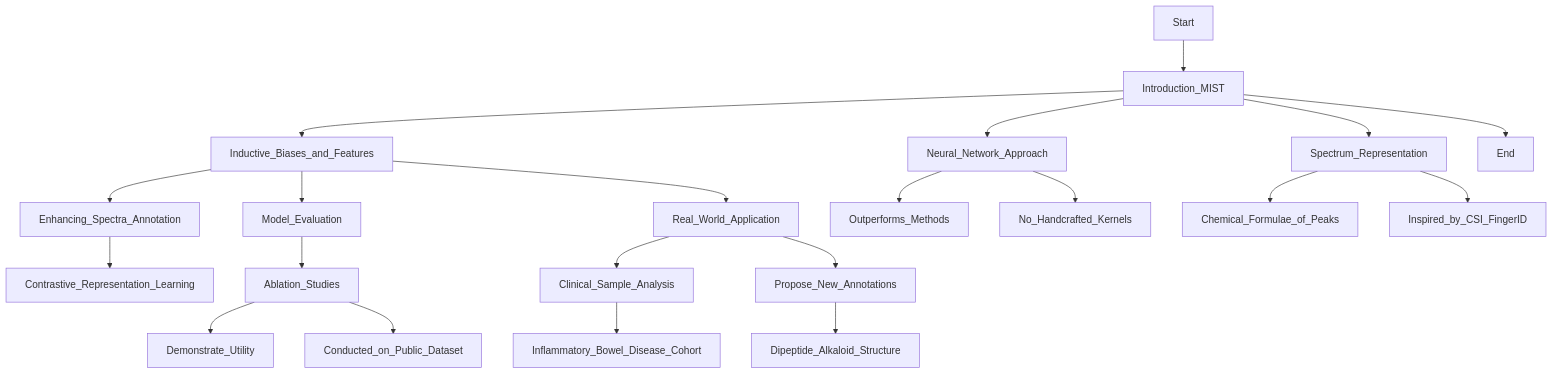
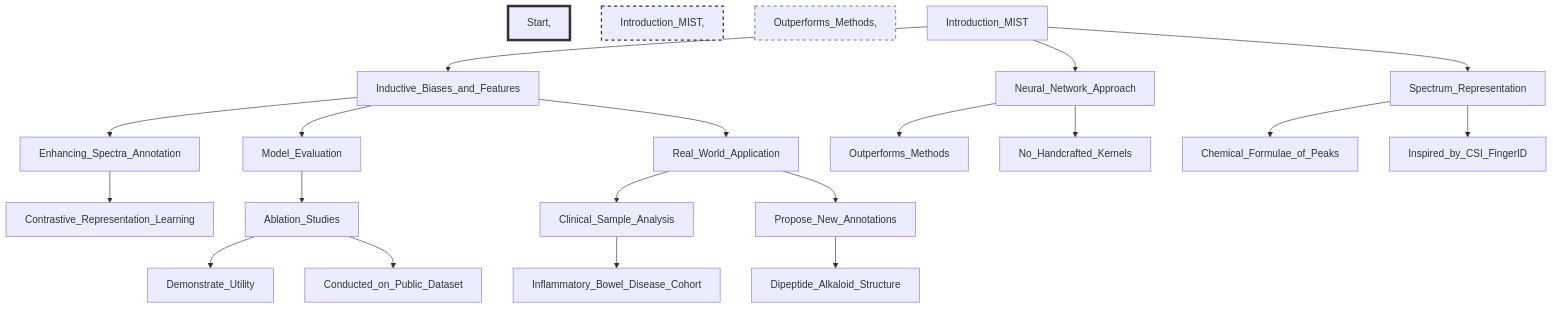
One commit to lamalab-org/toolminutes changed the diagram in papers/Metabolite_MS_Transformer/annotating-metabolite-mass-spectra-with-domain-inspired-chemical-formula-transformers.md. Above: the diagram before and after it, drawn with Mermaid.

````diff
--- a/papers/Metabolite_MS_Transformer/annotating-metabolite-mass-spectra-with-domain-inspired-chemical-formula-transformers.md
+++ b/papers/Metabolite_MS_Transformer/annotating-metabolite-mass-spectra-with-domain-inspired-chemical-formula-transformers.md
@@ -6,23 +6,26 @@
 ```mermaid
 graph TD;
-    Start --> Introduction_MIST;
+    style Start, End fill:#f9f,stroke:#333,stroke-width:4px;
+    style Introduction_MIST, Neural_Network_Approach, Spectrum_Representation, Inductive_Biases_and_Features, Enhancing_Spectra_Annotation, Model_Evaluation, Real_World_Application fill:#f9f,stroke:#333,stroke-width:2px,stroke-dasharray: 5, 5;
+    style Outperforms_Methods, No_Handcrafted_Kernels, Chemical_Formulae_of_Peaks, Inspired_by_CSI_FingerID, Neutral_Loss_Relationships, Simultaneous_Predictions, In_Silico_Forward_Augmentation, Novel_Unfolding_Architecture, Contrastive_Representation_Learning, Applied_on_Penultimate_Layer, Ablation_Studies, Demonstrate_Utility, Conducted_on_Public_Dataset, Clinical_Sample_Analysis, Inflammatory_Bowel_Disease_Cohort, Propose_New_Annotations, Dipeptide_Alkaloid_Structure, End fill:#fff,stroke:#333,stroke-width:1px,stroke-dasharray: 5, 5;
+
     Introduction_MIST --> Neural_Network_Approach;
     Introduction_MIST --> Spectrum_Representation;
     Introduction_MIST --> Inductive_Biases_and_Features;
     Inductive_Biases_and_Features --> Enhancing_Spectra_Annotation;
     Inductive_Biases_and_Features --> Model_Evaluation;
     Inductive_Biases_and_Features --> Real_World_Application;
     Neural_Network_Approach --> Outperforms_Methods;
     Neural_Network_Approach --> No_Handcrafted_Kernels;
     Spectrum_Representation --> Chemical_Formulae_of_Peaks;
     Spectrum_Representation --> Inspired_by_CSI_FingerID;
     Enhancing_Spectra_Annotation --> Contrastive_Representation_Learning;
     Model_Evaluation --> Ablation_Studies;
     Ablation_Studies --> Demonstrate_Utility;
     Ablation_Studies --> Conducted_on_Public_Dataset;
     Real_World_Application --> Clinical_Sample_Analysis;
     Clinical_Sample_Analysis --> Inflammatory_Bowel_Disease_Cohort;
     Real_World_Application --> Propose_New_Annotations;
     Propose_New_Annotations --> Dipeptide_Alkaloid_Structure;
-    Introduction_MIST --> End;
+    
 ```
````
